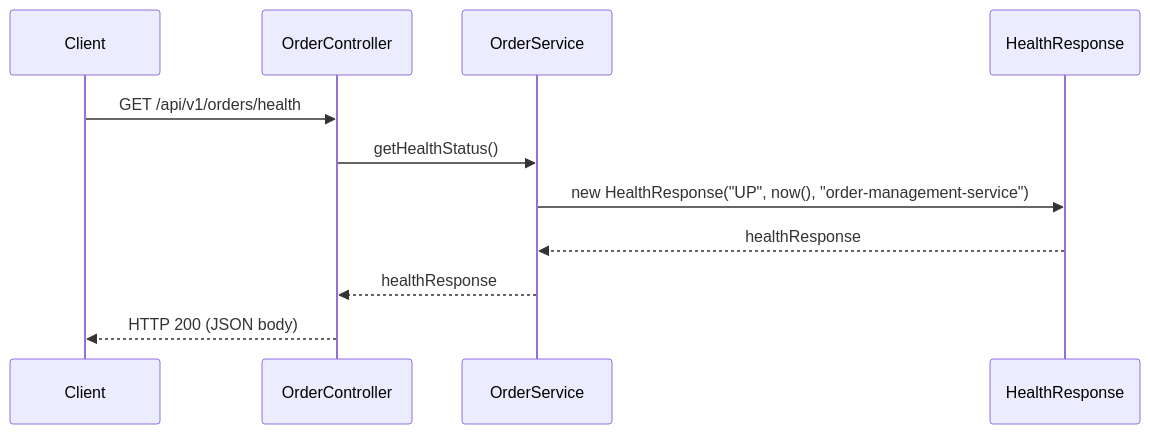
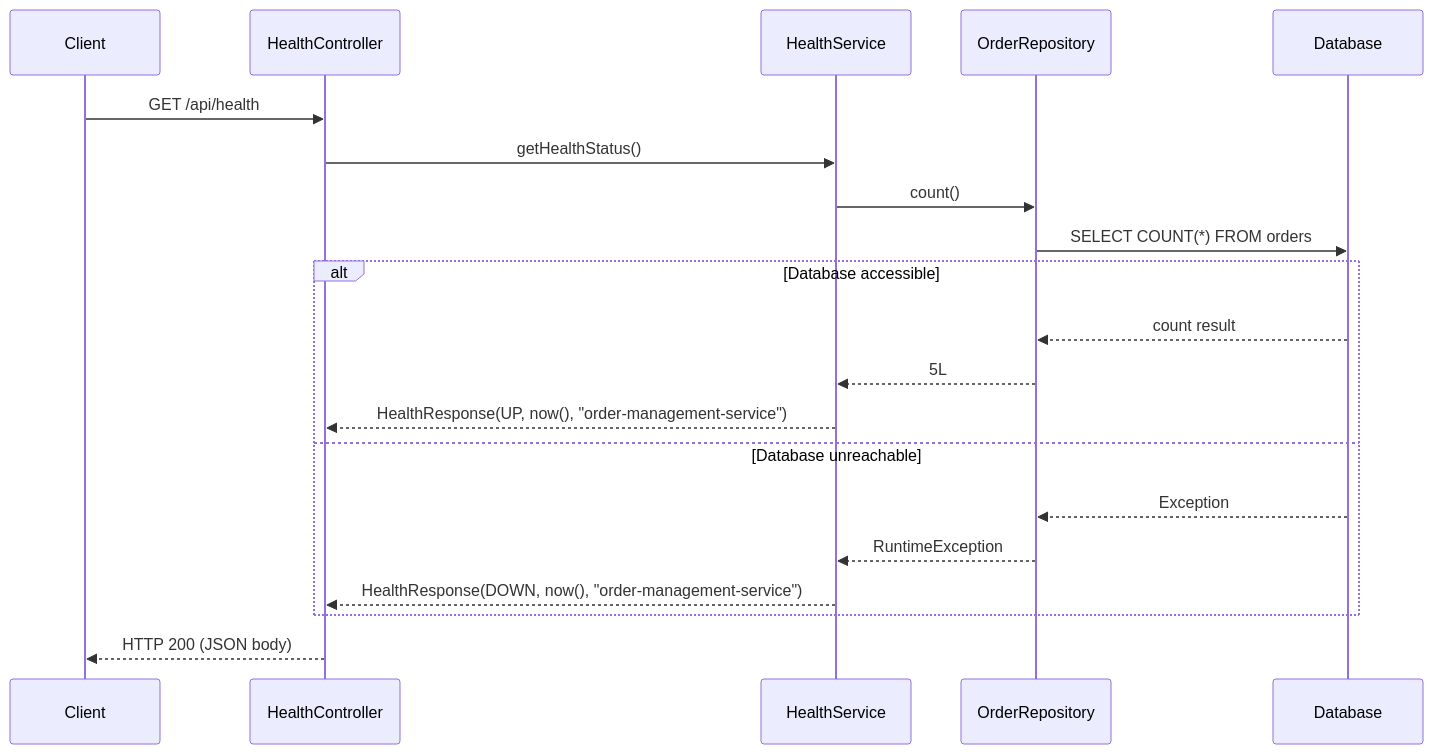
Before and after one commit to debashishmitra/poc-agentic-sdlc: the first of 3 diagrams in docs/designs/Design-STORY-8.md, drawn with Mermaid. The commit also changed other lines of this file, not shown here.

````diff
--- a/docs/designs/Design-STORY-8.md
+++ b/docs/designs/Design-STORY-8.md
@@ -85,14 +98,23 @@
 ```mermaid
 sequenceDiagram
     participant Client
-    participant OrderController
-    participant OrderService
-    participant HealthResponse
+    participant HealthController
+    participant HealthService
+    participant OrderRepository
+    participant Database
 
-    Client->>OrderController: GET /api/v1/orders/health
-    OrderController->>OrderService: getHealthStatus()
-    OrderService->>HealthResponse: new HealthResponse("UP", now(), "order-management-service")
-    HealthResponse-->>OrderService: healthResponse
-    OrderService-->>OrderController: healthResponse
-    OrderController-->>Client: HTTP 200 (JSON body)
+    Client->>HealthController: GET /api/health
+    HealthController->>HealthService: getHealthStatus()
+    HealthService->>OrderRepository: count()
+    OrderRepository->>Database: SELECT COUNT(*) FROM orders
+    alt Database accessible
+        Database-->>OrderRepository: count result
+        OrderRepository-->>HealthService: 5L
+        HealthService-->>HealthController: HealthResponse(UP, now(), "order-management-service")
+    else Database unreachable
+        Database-->>OrderRepository: Exception
+        OrderRepository-->>HealthService: RuntimeException
+        HealthService-->>HealthController: HealthResponse(DOWN, now(), "order-management-service")
+    end
+    HealthController-->>Client: HTTP 200 (JSON body)
 ```
````
